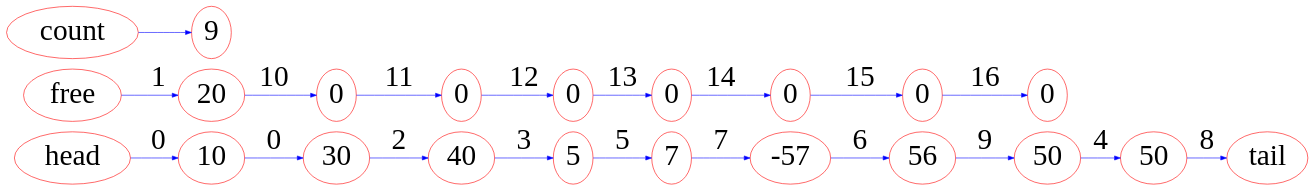
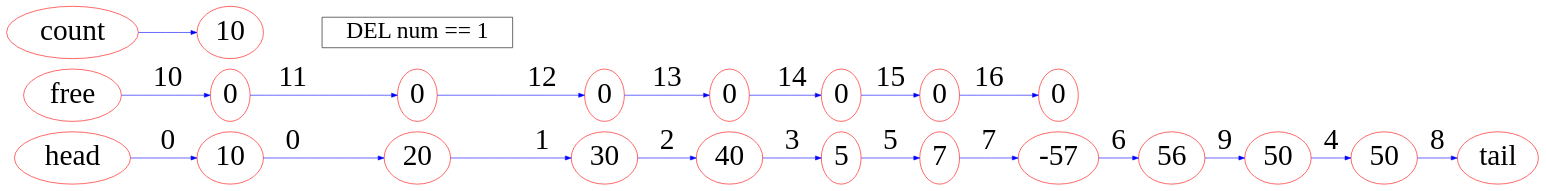
Before and after one commit to DenRen/LIstsPEED: the diagram in cmake-build-debug/temp_file.dot, drawn with Graphviz. The commit also changed 21 other files, not shown here.

```diff
--- a/cmake-build-debug/temp_file.dot
+++ b/cmake-build-debug/temp_file.dot
@@ -1,42 +1,44 @@
 digraph G {
     rankdir = LR;
     node[shape=ellipse, fontsize=50, color = red];
     edge[fontsize=50, color = blue, fillcolor = blue];
 	0 [label = "10"];
 	1 [label = "20"];
 	2 [label = "30"];
 	3 [label = "40"];
 	4 [label = "50"];
 	5 [label = "5"];
 	6 [label = "-57"];
 	7 [label = "7"];
 	8 [label = "50"];
 	9 [label = "56"];
 	10 [label = "0"];
 	11 [label = "0"];
 	12 [label = "0"];
 	13 [label = "0"];
 	14 [label = "0"];
 	15 [label = "0"];
 	16 [label = "0"];
 head -> 0[label = "0"];
-	0 -> 2[label = "0"]
+	0 -> 1[label = "0"]
+	1 -> 2[label = "1"]
 	2 -> 3[label = "2"]
 	3 -> 5[label = "3"]
 	5 -> 7[label = "5"]
 	7 -> 6[label = "7"]
 	6 -> 9[label = "6"]
 	9 -> 4[label = "9"]
 	4 -> 8[label = "4"]
 	8 -> tail[label = "8"]
-free -> 1[label = "1"];
-	1 -> 10[label = "10"]
+free -> 10[label = "10"];
 	10 -> 11[label = "11"]
 	11 -> 12[label = "12"]
 	12 -> 13[label = "13"]
 	13 -> 14[label = "14"]
 	14 -> 15[label = "15"]
 	15 -> 16[label = "16"]
-	17 [label = "9"];
-count -> 17
+	17 [label = "10"];
+count -> 17;
+    node[shape = rectangle, fontsize=40, color = black];
+17 -> "DEL num == 1"[shape = rectangle, style = invis];
 }
```
